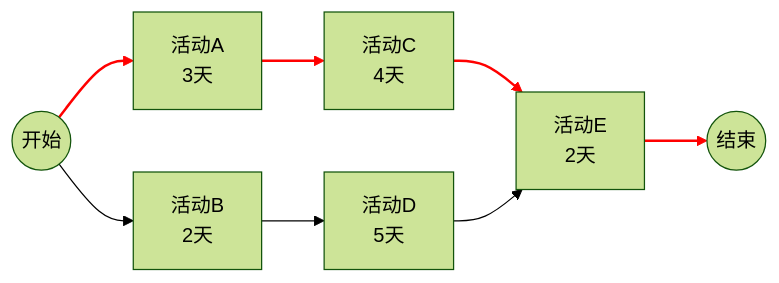
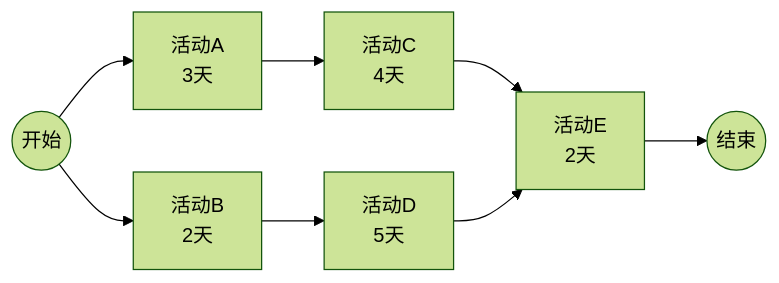
Before and after one commit to 7kolor/pmp-notes: the second of 4 diagrams in notes/02-过程域核心考点精解.md, drawn with Mermaid (forest theme). The commit also changed other lines of this file and 2 other files, not shown here.

Commit message:
fix: 修复Mermaid图表兼容性问题
- 简化了“权力/利益方格”和“关键路径法”图的Mermaid代码，移除了特定样式（如HTML标签和linkStyle），以确保在不同Markdown渲染器（特别是移动端）上的兼容性和正确显示。
- 更新TODO清单，标记所有相关任务已完成。

Closes #14

````diff
--- a/notes/02-过程域核心考点精解.md
+++ b/notes/02-过程域核心考点精解.md
@@ -94,15 +94,10 @@
     ```mermaid
     graph LR
         Start((开始)) --> A["活动A<br>3天"]
         Start --> B["活动B<br>2天"]
         A --> C["活动C<br>4天"]
         B --> D["活动D<br>5天"]
         C --> E["活动E<br>2天"]
         D --> E
         E --> End((结束))
-
-        linkStyle 0 stroke-width:2px,stroke:red,fill:none;
-        linkStyle 2 stroke-width:2px,stroke:red,fill:none;
-        linkStyle 4 stroke-width:2px,stroke:red,fill:none;
-        linkStyle 6 stroke-width:2px,stroke:red,fill:none;
     ```
````
